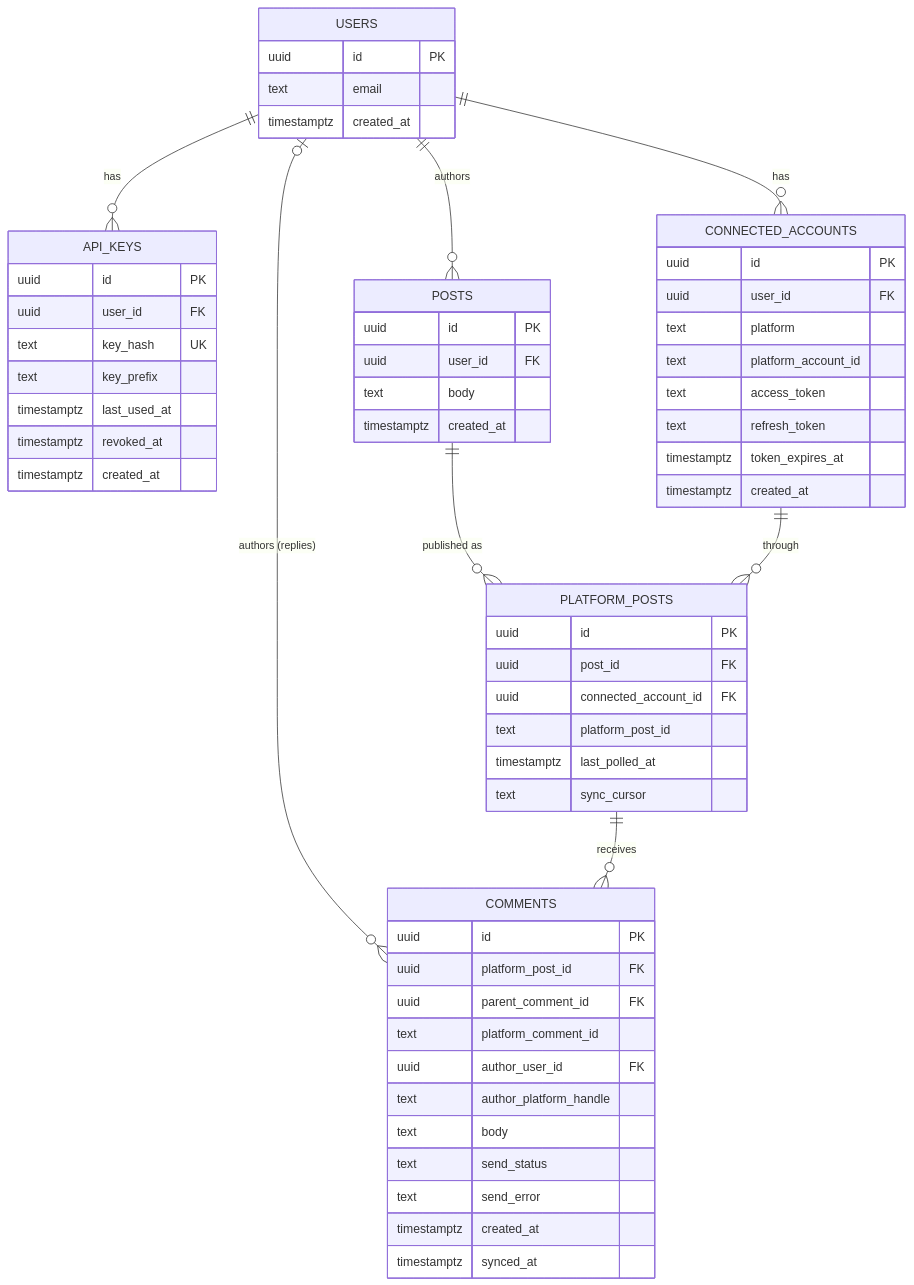
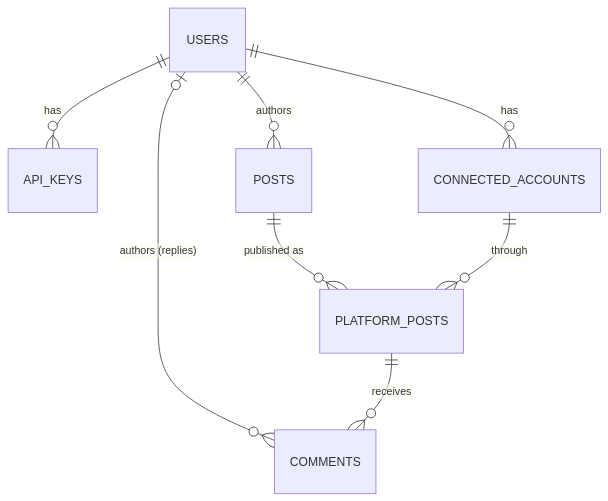
The diagram in docs/schema.md (nesterone/assessment-blotato), drawn with Mermaid before and after one commit. The commit also changed other lines of this file and 6 other files, not shown here.

Commit message:
feat(db): drizzle schema, client, fixtures, seed, pagination

````diff
--- a/docs/schema.md
+++ b/docs/schema.md
@@ -5,62 +5,10 @@
 ```mermaid
 erDiagram
     USERS ||--o{ API_KEYS : "has"
     USERS ||--o{ CONNECTED_ACCOUNTS : "has"
     USERS ||--o{ POSTS : "authors"
     USERS |o--o{ COMMENTS : "authors (replies)"
     POSTS ||--o{ PLATFORM_POSTS : "published as"
     CONNECTED_ACCOUNTS ||--o{ PLATFORM_POSTS : "through"
     PLATFORM_POSTS ||--o{ COMMENTS : "receives"
-
-    USERS {
-        uuid id PK
-        text email
-        timestamptz created_at
-    }
-    API_KEYS {
-        uuid id PK
-        uuid user_id FK
-        text key_hash UK
-        text key_prefix
-        timestamptz last_used_at
-        timestamptz revoked_at
-        timestamptz created_at
-    }
-    CONNECTED_ACCOUNTS {
-        uuid id PK
-        uuid user_id FK
-        text platform
-        text platform_account_id
-        text access_token
-        text refresh_token
-        timestamptz token_expires_at
-        timestamptz created_at
-    }
-    POSTS {
-        uuid id PK
-        uuid user_id FK
-        text body
-        timestamptz created_at
-    }
-    PLATFORM_POSTS {
-        uuid id PK
-        uuid post_id FK
-        uuid connected_account_id FK
-        text platform_post_id
-        timestamptz last_polled_at
-        text sync_cursor
-    }
-    COMMENTS {
-        uuid id PK
-        uuid platform_post_id FK
-        uuid parent_comment_id FK
-        text platform_comment_id
-        uuid author_user_id FK
-        text author_platform_handle
-        text body
-        text send_status
-        text send_error
-        timestamptz created_at
-        timestamptz synced_at
-    }
 ```
````
